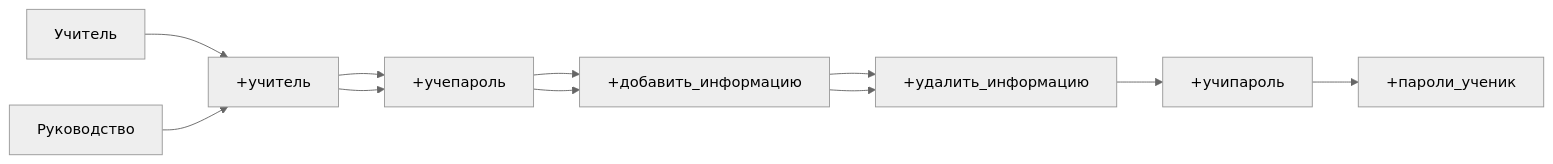
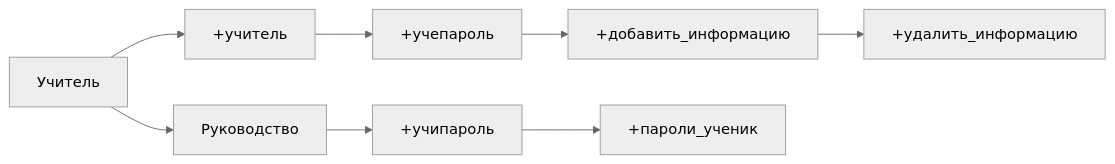
Before and after one commit to caffreyfizz/discord.py-platform-SIC: the diagram in README.md, drawn with Mermaid (neutral theme).

````diff
--- a/README.md
+++ b/README.md
@@ -113,6 +113,7 @@
 ```mermaid
   graph LR;
       Учитель-->+учитель-->+учепароль-->+добавить_информацию-->+удалить_информацию;
-      Руководство-->+учитель-->+учепароль-->+добавить_информацию-->+удалить_информацию-->+учипароль-->+пароли_ученик;
+      Учитель-->Руководство
+      Руководство-->+учипароль-->+пароли_ученик;
       
 ```
````
